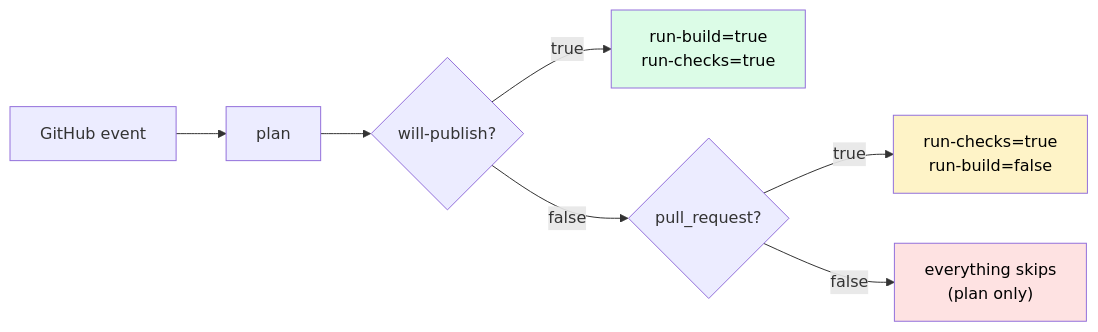
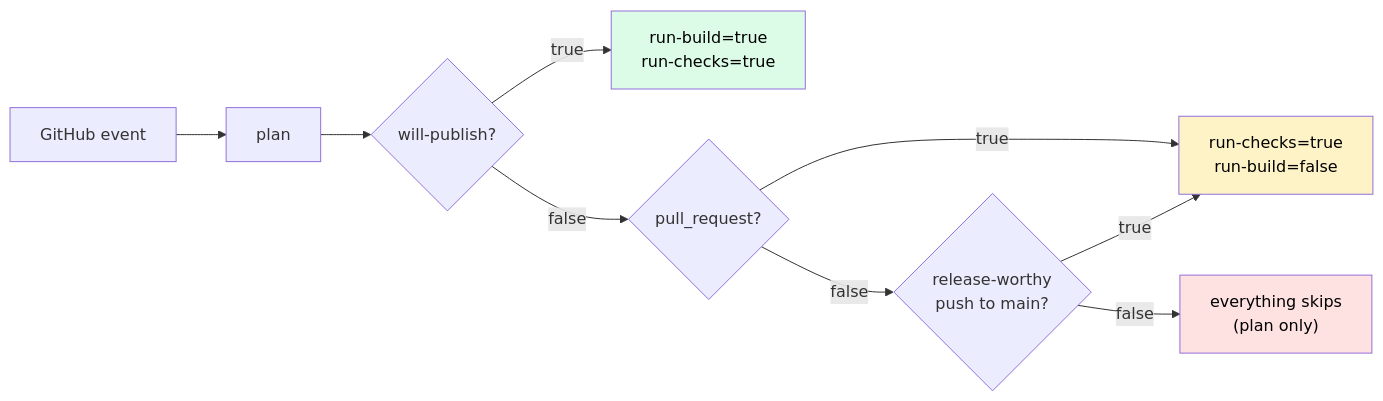
The third of 3 diagrams in docs/architecture.md (hyperi-io/hyperi-ci), drawn with Mermaid before and after one commit. The commit also changed other lines of this file and 9 other files, not shown here.

First line of the commit message:
docs: describe what a push to main actually does

````diff
--- a/docs/architecture.md
+++ b/docs/architecture.md
@@ -131,12 +131,14 @@
 ```mermaid
 flowchart LR
     E["GitHub event"] --> P["plan"]
     P --> WP{will-publish?}
     WP -->|true| RB["run-build=true<br/>run-checks=true"]
     WP -->|false| PR{pull_request?}
     PR -->|true| RC["run-checks=true<br/>run-build=false"]
-    PR -->|false| SK["everything skips<br/>(plan only)"]
+    PR -->|false| RW{release-worthy<br/>push to main?}
+    RW -->|true| RC
+    RW -->|false| SK["everything skips<br/>(plan only)"]
     style RB fill:#dcfce7,color:#000
     style RC fill:#fef3c7,color:#000
     style SK fill:#fee2e2,color:#000
 ```
````
